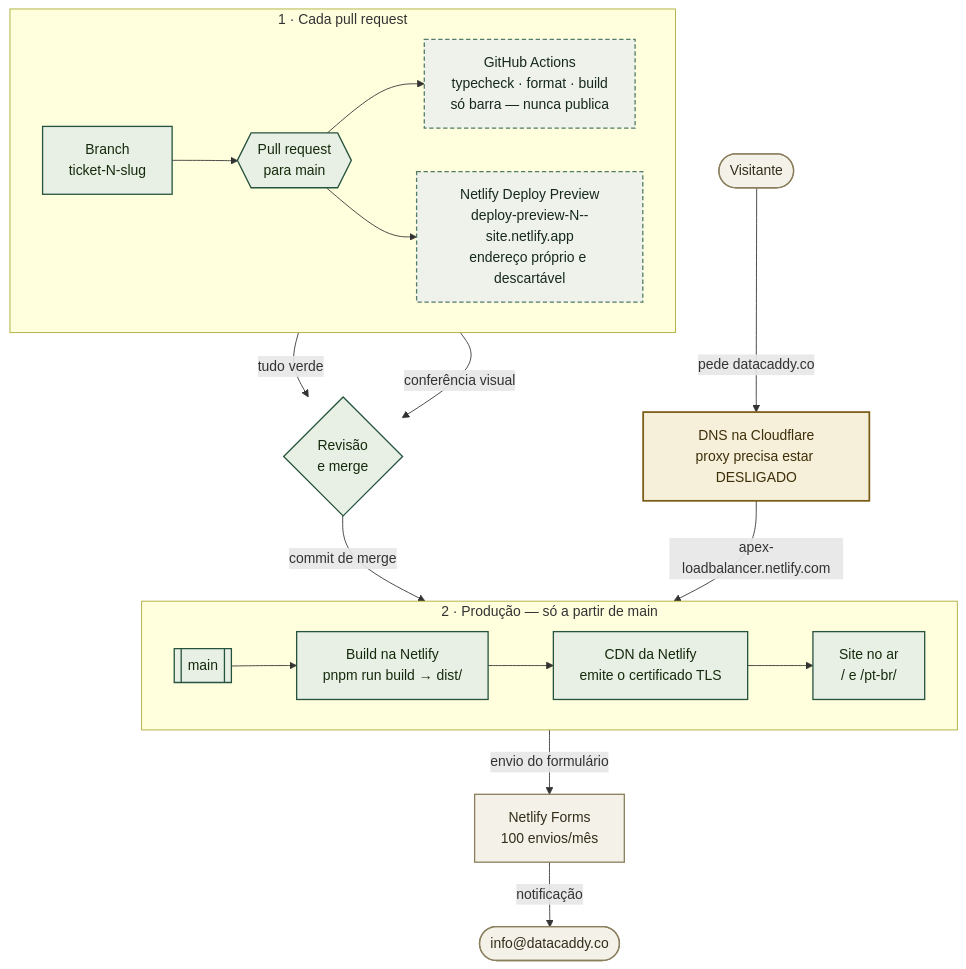
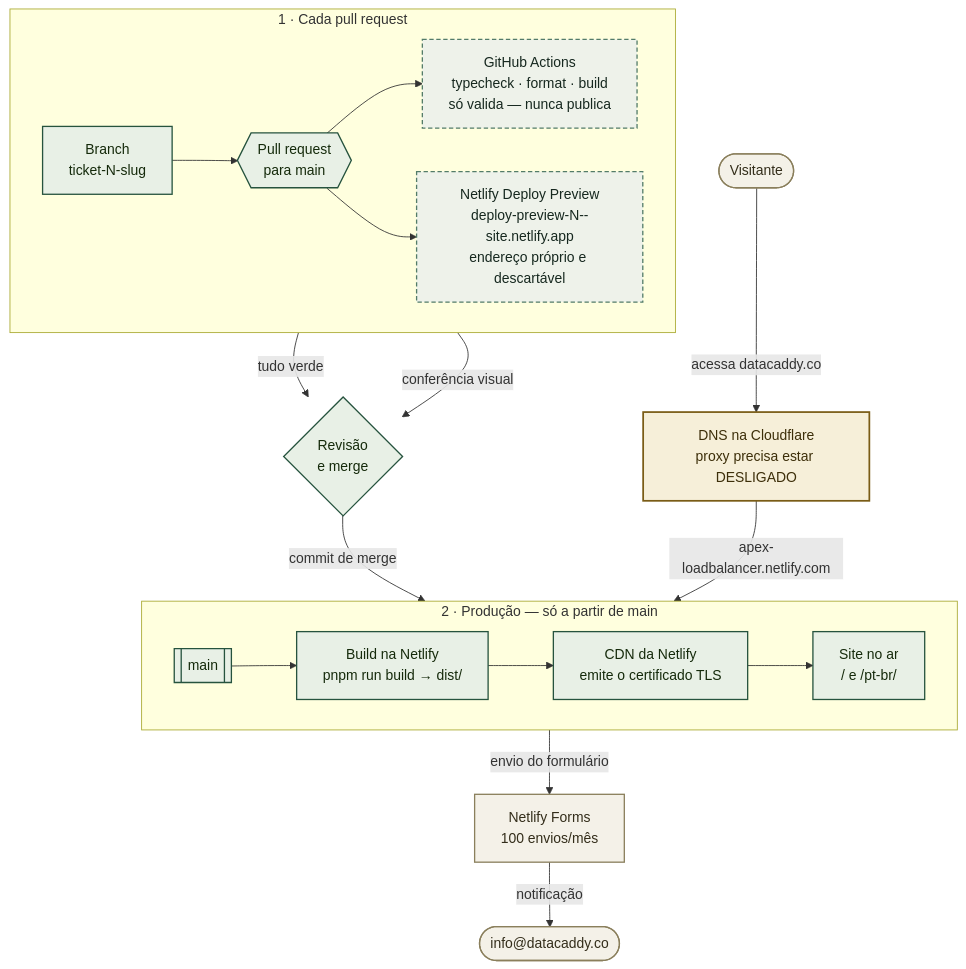
The diagram in docs/NETLIFY-SETUP.pt-BR.md (ASO-DB-Solutions/site-datacaddy), drawn with Mermaid before and after one commit. The commit also changed other lines of this file and 1 other file, not shown here.

````diff
--- a/docs/NETLIFY-SETUP.pt-BR.md
+++ b/docs/NETLIFY-SETUP.pt-BR.md
@@ -15,35 +15,35 @@
 ```mermaid
 flowchart TB
     subgraph WORK["1 · Cada pull request"]
         direction LR
         BR["Branch<br/>ticket-N-slug"] --> PR{{"Pull request<br/>para main"}}
-        PR --> CI["GitHub Actions<br/>typecheck · format · build<br/>só barra — nunca publica"]
+        PR --> CI["GitHub Actions<br/>typecheck · format · build<br/>só valida — nunca publica"]
         PR --> PV["Netlify Deploy Preview<br/>deploy-preview-N--site.netlify.app<br/>endereço próprio e descartável"]
     end
 
     CI -->|"tudo verde"| MG{"Revisão<br/>e merge"}
     PV -->|"conferência visual"| MG
 
     subgraph LIVE["2 · Produção — só a partir de main"]
         direction LR
         MAIN[["main"]] --> BLD["Build na Netlify<br/>pnpm run build → dist/"]
         BLD --> CDN["CDN da Netlify<br/>emite o certificado TLS"]
         CDN --> SITE["Site no ar<br/>/ e /pt-br/"]
     end
 
     MG -->|"commit de merge"| MAIN
 
-    VIS(["Visitante"]) -->|"pede datacaddy.co"| DNS["DNS na Cloudflare<br/>proxy precisa estar DESLIGADO"]
+    VIS(["Visitante"]) -->|"acessa datacaddy.co"| DNS["DNS na Cloudflare<br/>proxy precisa estar DESLIGADO"]
     DNS -->|"apex-loadbalancer.netlify.com"| CDN
     SITE -->|"envio do formulário"| NF["Netlify Forms<br/>100 envios/mês"]
     NF -->|"notificação"| MAIL(["info@datacaddy.co"])
 
     classDef ours fill:#e8f0e6,stroke:#26533e,stroke-width:1.5px,color:#152a0b
     classDef gate fill:#eef2ea,stroke:#537c69,stroke-width:1.5px,color:#16281f,stroke-dasharray:5 3
     classDef ext fill:#f4f1e8,stroke:#8a7f5c,stroke-width:1.5px,color:#332d1a
     classDef warn fill:#f6efd9,stroke:#7a5c16,stroke-width:2px,color:#3d2f0a
     class BR,PR,MG,MAIN,BLD,CDN,SITE ours
     class CI,PV gate
     class VIS,NF,MAIL ext
     class DNS warn
 ```
````
